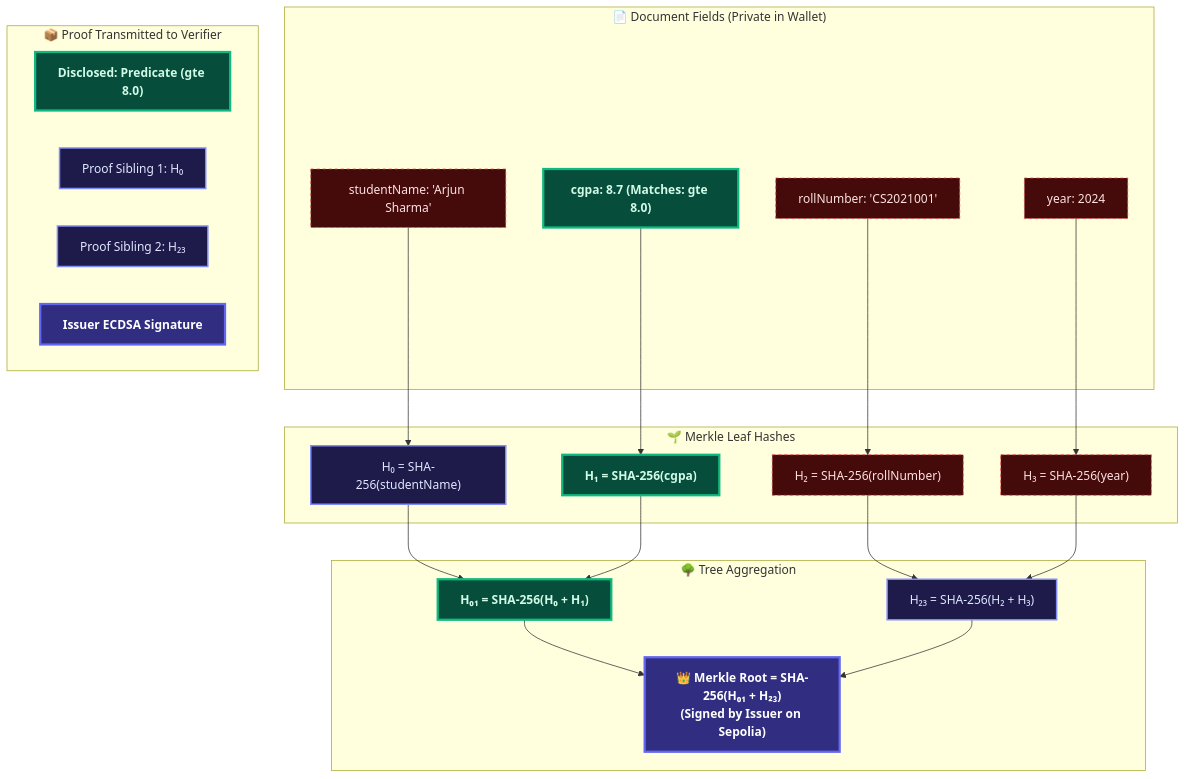
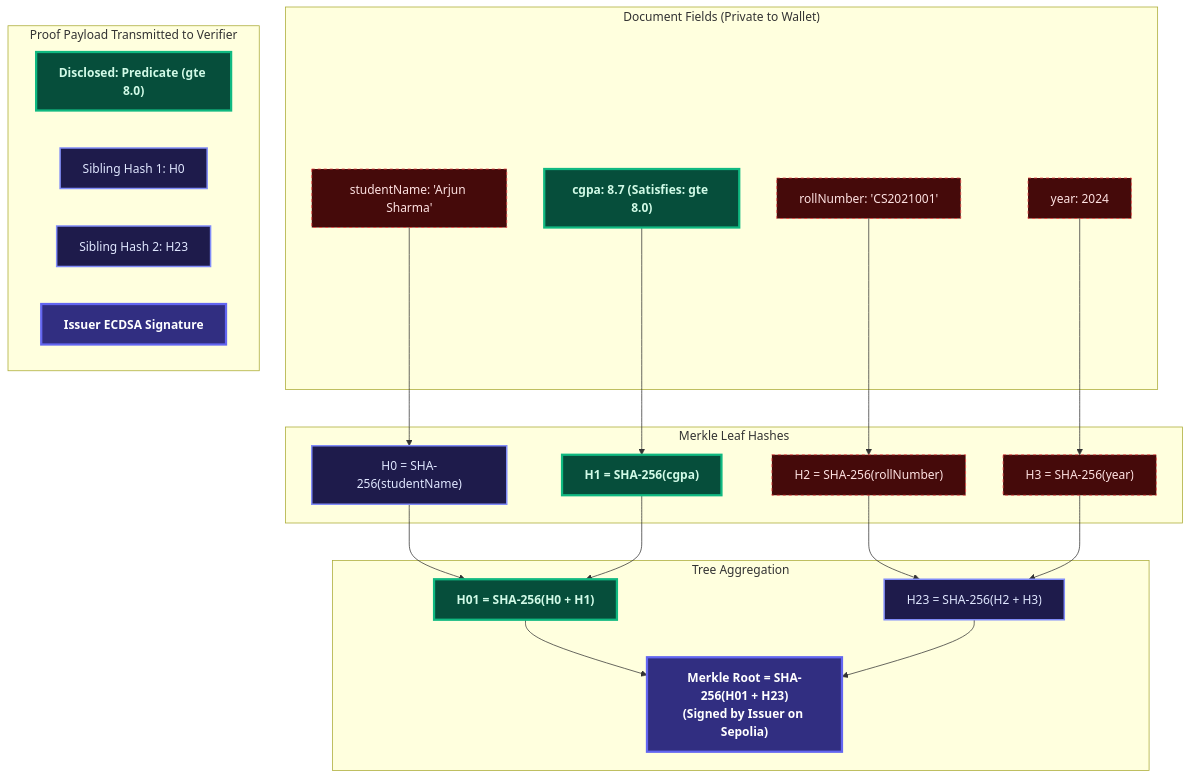
One commit to aditya-raj9125/ZK-Kyc changed the second of 6 diagrams in README.md. Above: the diagram before and after it, drawn with Mermaid. The commit also changed other lines of this file, not shown here.

````diff
--- a/README.md
+++ b/README.md
@@ -96,48 +93,48 @@
 ```mermaid
 flowchart TD
     classDef disclosed fill:#064e3b,stroke:#10b981,stroke-width:3px,color:#d1fae7,font-weight:bold;
     classDef hidden fill:#450a0a,stroke:#ef4444,stroke-width:1px,stroke-dasharray: 4 4,color:#fee2e2;
     classDef sibling fill:#1e1b4b,stroke:#818cf8,stroke-width:2px,color:#e0e7ff;
     classDef rootNode fill:#312e81,stroke:#6366f1,stroke-width:3px,color:#ffffff,font-weight:bold;
 
-    subgraph Fields ["📄 Document Fields (Private in Wallet)"]
+    subgraph Fields ["Document Fields (Private to Wallet)"]
         F0["studentName: 'Arjun Sharma'"]:::hidden
-        F1["cgpa: 8.7 (Matches: gte 8.0)"]:::disclosed
+        F1["cgpa: 8.7 (Satisfies: gte 8.0)"]:::disclosed
         F2["rollNumber: 'CS2021001'"]:::hidden
         F3["year: 2024"]:::hidden
     end
 
-    subgraph Leaves ["🌱 Merkle Leaf Hashes"]
-        H0["H₀ = SHA-256(studentName)"]:::sibling
-        H1["H₁ = SHA-256(cgpa)"]:::disclosed
-        H2["H₂ = SHA-256(rollNumber)"]:::hidden
-        H3["H₃ = SHA-256(year)"]:::hidden
+    subgraph Leaves ["Merkle Leaf Hashes"]
+        H0["H0 = SHA-256(studentName)"]:::sibling
+        H1["H1 = SHA-256(cgpa)"]:::disclosed
+        H2["H2 = SHA-256(rollNumber)"]:::hidden
+        H3["H3 = SHA-256(year)"]:::hidden
     end
 
-    subgraph Tree ["🌳 Tree Aggregation"]
-        H01["H₀₁ = SHA-256(H₀ + H₁)"]:::disclosed
-        H23["H₂₃ = SHA-256(H₂ + H₃)"]:::sibling
-        Root["👑 Merkle Root = SHA-256(H₀₁ + H₂₃)<br/>(Signed by Issuer on Sepolia)"]:::rootNode
+    subgraph Tree ["Tree Aggregation"]
+        H01["H01 = SHA-256(H0 + H1)"]:::disclosed
+        H23["H23 = SHA-256(H2 + H3)"]:::sibling
+        Root["Merkle Root = SHA-256(H01 + H23)<br/>(Signed by Issuer on Sepolia)"]:::rootNode
     end
 
     F0 --> H0
     F1 --> H1
     F2 --> H2
     F3 --> H3
 
     H0 --> H01
     H1 --> H01
     H2 --> H23
     H3 --> H23
 
     H01 --> Root
     H23 --> Root
 
-    subgraph ProofPayload ["📦 Proof Transmitted to Verifier"]
+    subgraph ProofPayload ["Proof Payload Transmitted to Verifier"]
         direction LR
         P1["Disclosed: Predicate (gte 8.0)"]:::disclosed
-        P2["Proof Sibling 1: H₀"]:::sibling
-        P3["Proof Sibling 2: H₂₃"]:::sibling
+        P2["Sibling Hash 1: H0"]:::sibling
+        P3["Sibling Hash 2: H23"]:::sibling
         P4["Issuer ECDSA Signature"]:::rootNode
     end
 ```
````
